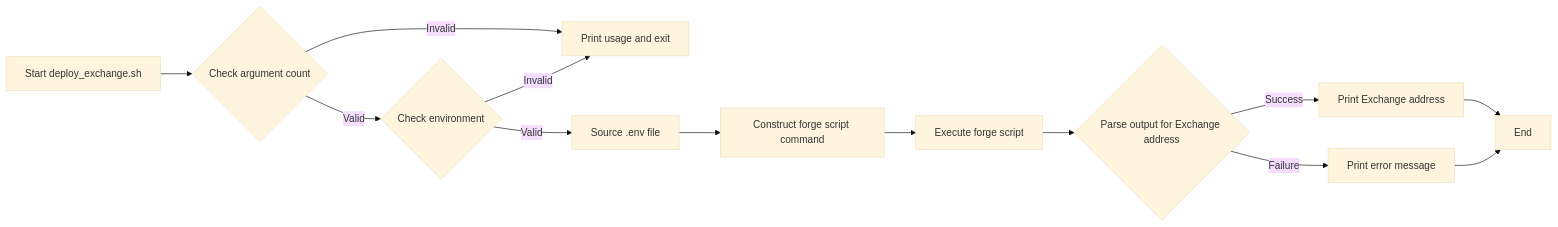
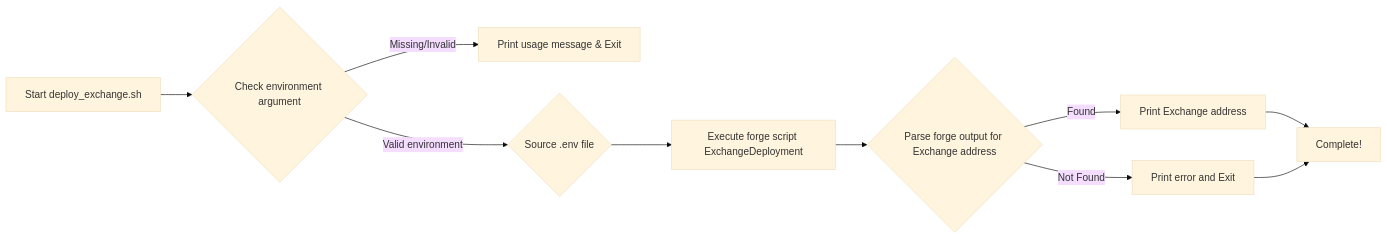
Before and after one commit to Omkar-Ghongade/Documentation-AI: the first of 4 diagrams in ctf-exchange.md, drawn with Mermaid (base theme). The commit also changed other lines of this file, not shown here.

````diff
--- a/ctf-exchange.md
+++ b/ctf-exchange.md
@@ -71,15 +105,12 @@
 ```mermaid
 graph LR
-    A[Start deploy_exchange.sh] --> B{Check argument count};
-    B -- Invalid --> C[Print usage and exit];
-    B -- Valid --> D{Check environment};
-    D -- Invalid --> C;
-    D -- Valid --> E[Source .env file];
-    E --> F[Construct forge script command];
-    F --> G[Execute forge script];
-    G --> H{Parse output for Exchange address};
-    H -- Success --> I[Print Exchange address];
-    H -- Failure --> J[Print error message];
-    I --> K[End];
-    J --> K;
+    A[Start deploy_exchange.sh] --> B{Check environment argument};
+    B -- Missing/Invalid --> C[Print usage message & Exit];
+    B -- Valid environment --> D{Source .env file};
+    D --> E[Execute forge script ExchangeDeployment];
+    E --> F{Parse forge output for Exchange address};
+    F -- Found --> G[Print Exchange address];
+    F -- Not Found --> H[Print error and Exit];
+    G --> I[Complete!];
+    H --> I[Complete!];
 ```
````
